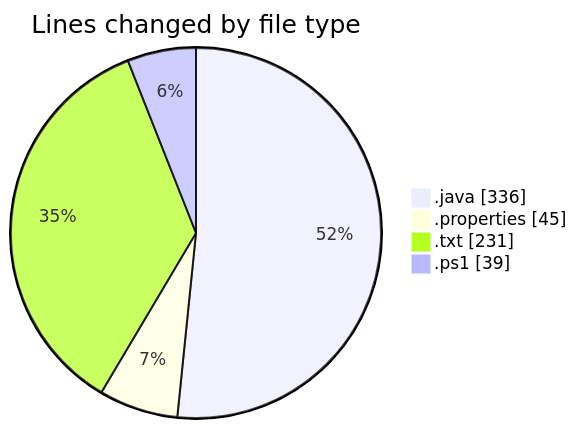
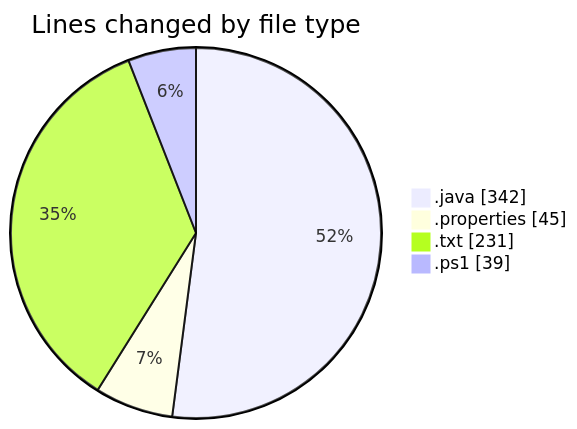
One commit to ricardozamudiocil/code-tracking changed the first of 2 diagrams in 2026-03-03/cilapp/README.md. Above: the diagram before and after it, drawn with Mermaid. The commit also changed other lines of this file and 1 other file, not shown here.

````diff
--- a/2026-03-03/cilapp/README.md
+++ b/2026-03-03/cilapp/README.md
@@ -24,8 +24,8 @@
 ```mermaid
 pie showData
 title Lines changed by file type
-".java" : 336
+".java" : 342
 ".properties" : 45
 ".txt" : 231
 ".ps1" : 39
 ```
````
